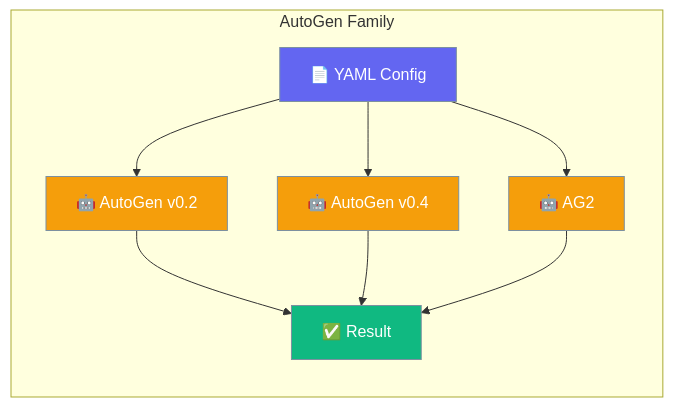
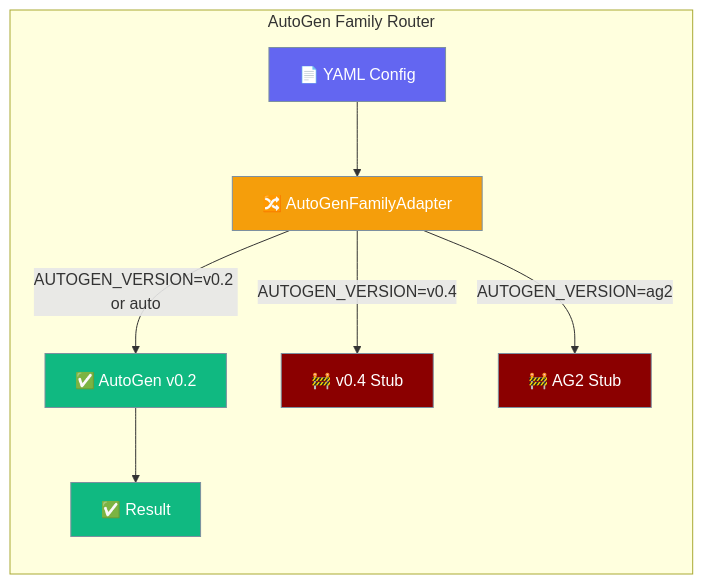
Before and after one commit to MervinPraison/PraisonAIDocs: the first of 3 diagrams in docs/framework/autogen.mdx, drawn with Mermaid. The commit also changed other lines of this file and 3 other files, not shown here.

First line of the commit message:
docs: update AutoGen docs for PR #2086 stubs, family router, autogen_v2 alias (fixes #718)

````diff
--- a/docs/framework/autogen.mdx
+++ b/docs/framework/autogen.mdx
@@ -13,19 +18,20 @@
 ```mermaid
 graph LR
-    subgraph "AutoGen Family"
-        YAML[📄 YAML Config] --> V2[🤖 AutoGen v0.2]
-        YAML --> V4[🤖 AutoGen v0.4]
-        YAML --> AG2[🤖 AG2]
+    subgraph "AutoGen Family Router"
+        YAML[📄 YAML Config] --> Router[🔀 AutoGenFamilyAdapter]
+        Router -->|AUTOGEN_VERSION=v0.2 or auto| V2[✅ AutoGen v0.2]
+        Router -->|AUTOGEN_VERSION=v0.4| V4[🚧 v0.4 Stub]
+        Router -->|AUTOGEN_VERSION=ag2| AG2[🚧 AG2 Stub]
         V2 --> Result[✅ Result]
-        V4 --> Result
-        AG2 --> Result
     end
 
     classDef input fill:#6366F1,stroke:#7C90A0,color:#fff
-    classDef process fill:#F59E0B,stroke:#7C90A0,color:#fff
-    classDef output fill:#10B981,stroke:#7C90A0,color:#fff
+    classDef router fill:#F59E0B,stroke:#7C90A0,color:#fff
+    classDef working fill:#10B981,stroke:#7C90A0,color:#fff
+    classDef stub fill:#8B0000,stroke:#7C90A0,color:#fff
 
     class YAML input
-    class V2,V4,AG2 process
-    class Result output
+    class Router router
+    class V2,Result working
+    class V4,AG2 stub
 ```
````
